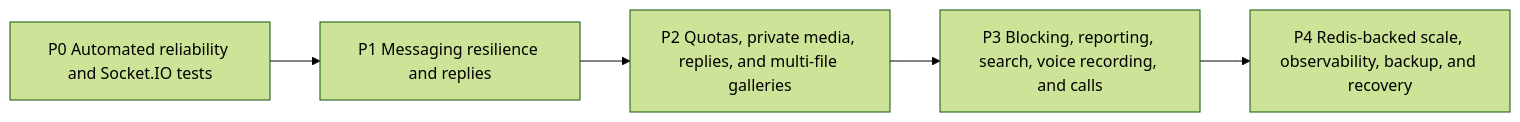
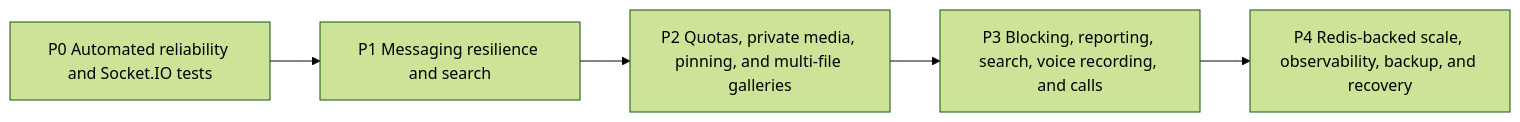
Before and after one commit to Saurav11343/click-chat: the second of 2 diagrams in docs/09-testing-and-roadmap.md, drawn with Mermaid (forest theme). The commit also changed other lines of this file and 18 other files, not shown here.

````diff
--- a/docs/09-testing-and-roadmap.md
+++ b/docs/09-testing-and-roadmap.md
@@ -182,7 +191,7 @@
 ```mermaid
 flowchart LR
-    P0["P0 Automated reliability and Socket.IO tests"] --> P1["P1 Messaging resilience and replies"]
-    P1 --> P2["P2 Quotas, private media, replies, and multi-file galleries"]
+    P0["P0 Automated reliability and Socket.IO tests"] --> P1["P1 Messaging resilience and search"]
+    P1 --> P2["P2 Quotas, private media, pinning, and multi-file galleries"]
     P2 --> P3["P3 Blocking, reporting, search, voice recording, and calls"]
     P3 --> P4["P4 Redis-backed scale, observability, backup, and recovery"]
 ```
````
